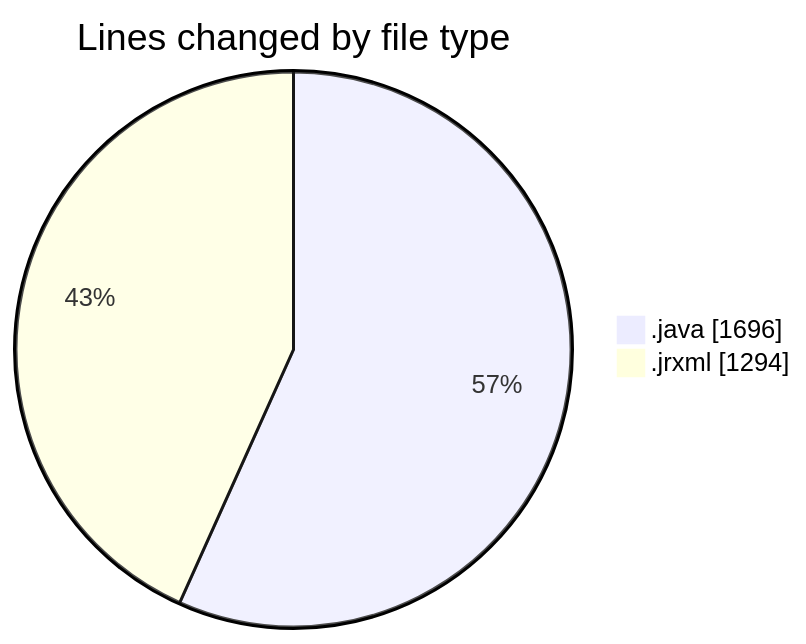
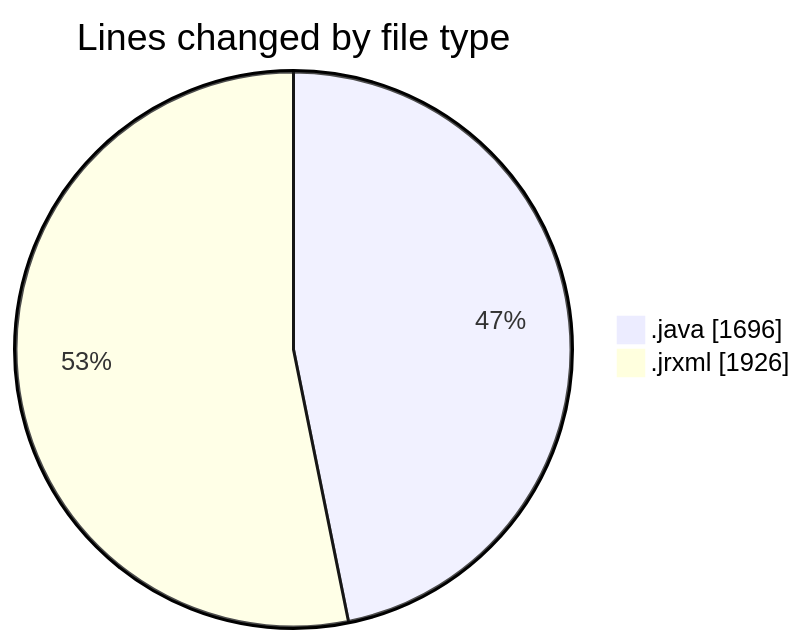
The first of 2 diagrams in 2026-09-30/cilreports__workspace_/README.md (ricardozamudiocil/code-tracking), drawn with Mermaid before and after one commit. The commit also changed other lines of this file and 1 other file, not shown here.

````diff
--- a/2026-09-30/cilreports__workspace_/README.md
+++ b/2026-09-30/cilreports__workspace_/README.md
@@ -23,6 +24,6 @@
 ```mermaid
 pie showData
 title Lines changed by file type
 ".java" : 1696
-".jrxml" : 1294
+".jrxml" : 1926
 ```
````
